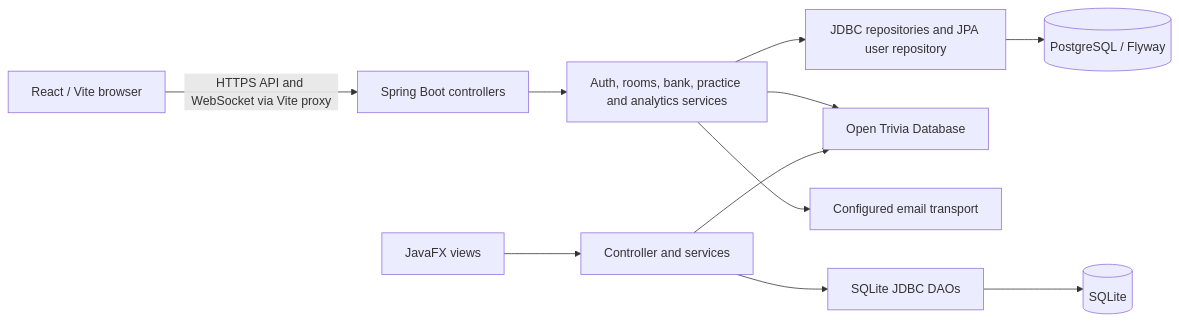
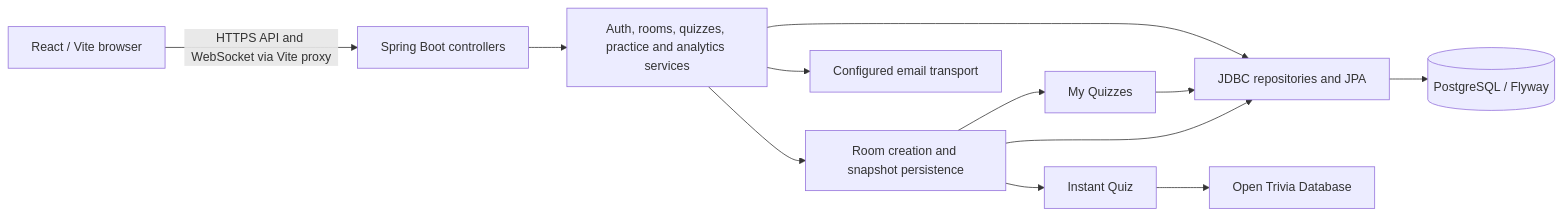
One commit to daevinsimbajon-web/cpe314-69167-capstone-team-02 changed the first of 7 diagrams in doc/design-document.md. Above: the diagram before and after it, drawn with Mermaid. The commit also changed other lines of this file and 27 other files, not shown here.

Commit message:
Use only OpenTDB and saved quizzes for new online rooms

````diff
--- a/doc/design-document.md
+++ b/doc/design-document.md
@@ -25,13 +25,14 @@
 ```mermaid
 flowchart LR
   Browser[React / Vite browser] -->|HTTPS API and WebSocket via Vite proxy| Web[Spring Boot controllers]
-  Web --> Services[Auth, rooms, bank, practice and analytics services]
-  Services --> Repos[JDBC repositories and JPA user repository]
+  Web --> Services[Auth, rooms, quizzes, practice and analytics services]
+  Services --> Repos[JDBC repositories and JPA]
   Repos --> PG[(PostgreSQL / Flyway)]
-  Services --> OpenTDB[Open Trivia Database]
+  Services --> Room[Room creation and snapshot persistence]
+  Room --> Instant[Instant Quiz]
+  Instant --> OpenTDB[Open Trivia Database]
+  Room --> Saved[My Quizzes]
+  Saved --> Repos
+  Room --> Repos
   Services --> Mail[Configured email transport]
-  FX[JavaFX views] --> DesktopServices[Controller and services]
-  DesktopServices --> DAOs[SQLite JDBC DAOs]
-  DAOs --> SQLite[(SQLite)]
-  DesktopServices --> OpenTDB
 ```
````
